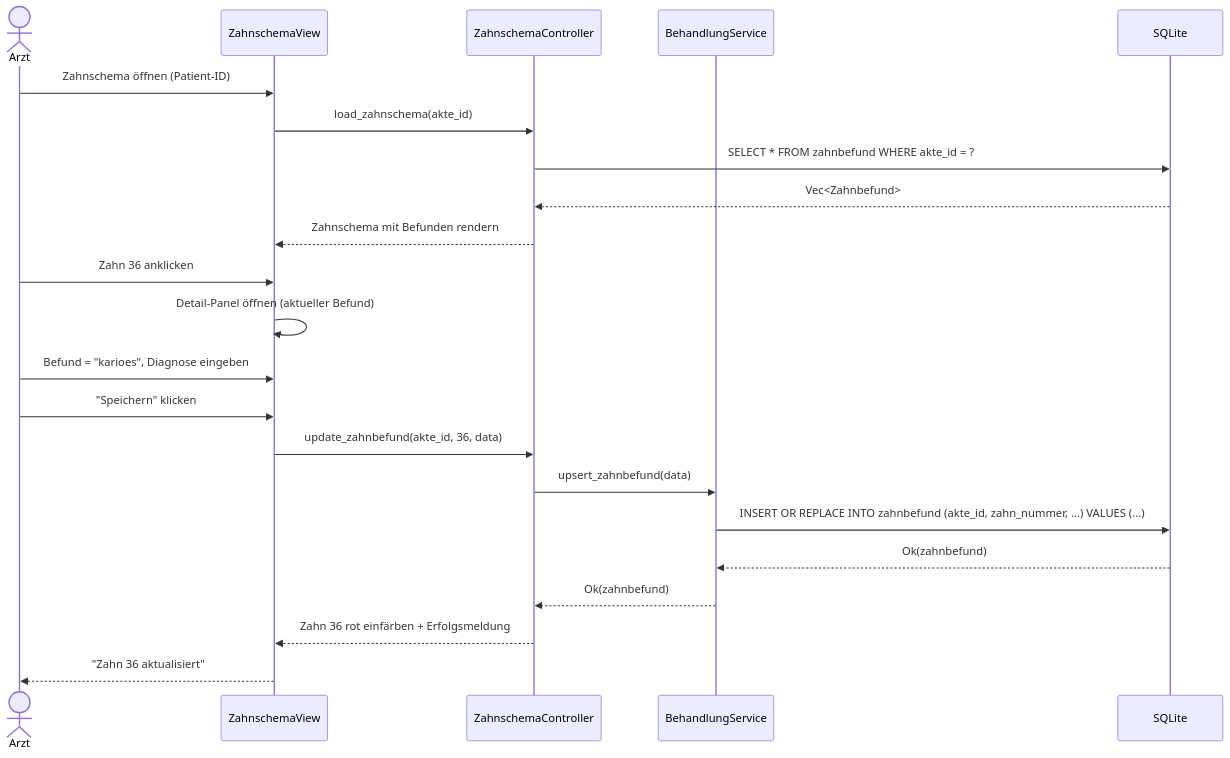
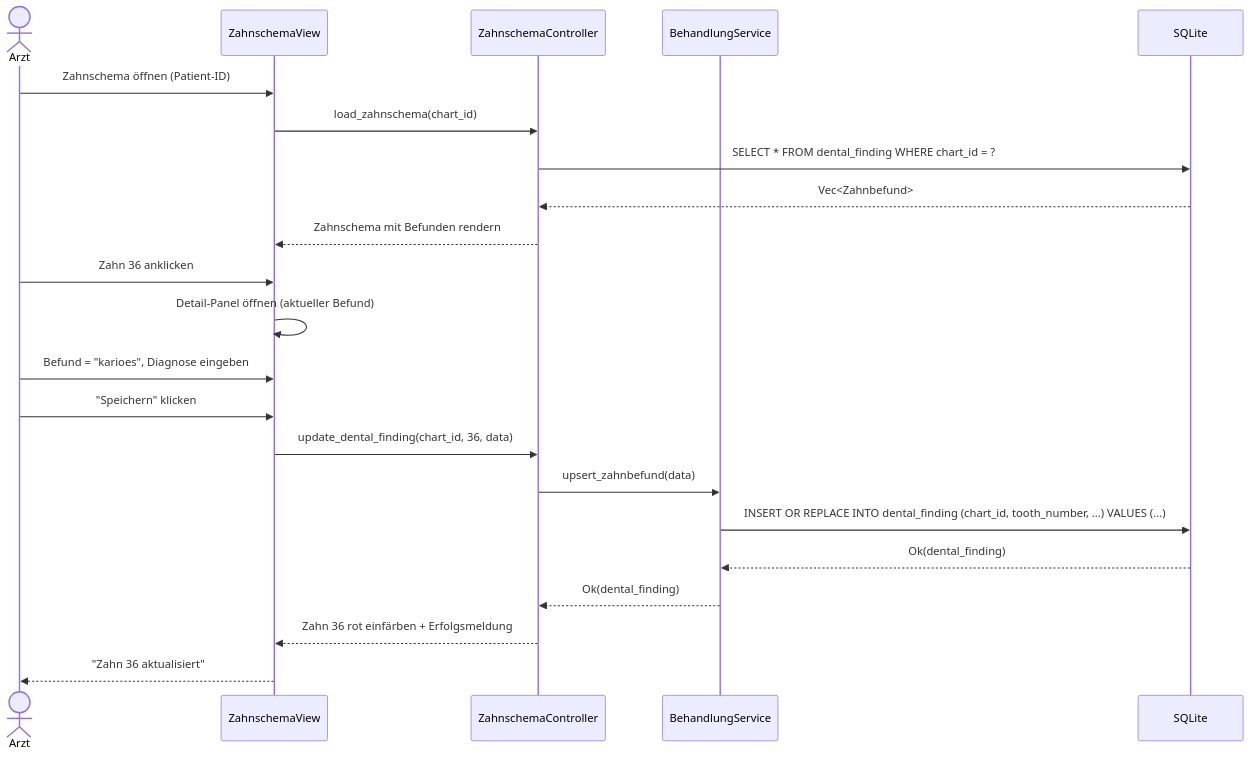
One commit to Achrafbennanizia/Medoc changed the third of 5 diagrams in docs/uml/03-sequence-diagram.md. Above: the diagram before and after it, drawn with Mermaid. The commit also changed other lines of this file and 1081 other files, not shown here.

````diff
--- a/docs/uml/03-sequence-diagram.md
+++ b/docs/uml/03-sequence-diagram.md
@@ -86,28 +86,28 @@
 ```mermaid
 sequenceDiagram
     actor Arzt
     participant View as ZahnschemaView
     participant Controller as ZahnschemaController
     participant Service as BehandlungService
     participant DB as SQLite
 
     Arzt->>View: Zahnschema öffnen (Patient-ID)
-    View->>Controller: load_zahnschema(akte_id)
-    Controller->>DB: SELECT * FROM zahnbefund WHERE akte_id = ?
+    View->>Controller: load_zahnschema(chart_id)
+    Controller->>DB: SELECT * FROM dental_finding WHERE chart_id = ?
     DB-->>Controller: Vec<Zahnbefund>
     Controller-->>View: Zahnschema mit Befunden rendern
 
     Arzt->>View: Zahn 36 anklicken
     View->>View: Detail-Panel öffnen (aktueller Befund)
 
     Arzt->>View: Befund = "karioes", Diagnose eingeben
     Arzt->>View: "Speichern" klicken
 
-    View->>Controller: update_zahnbefund(akte_id, 36, data)
+    View->>Controller: update_dental_finding(chart_id, 36, data)
     Controller->>Service: upsert_zahnbefund(data)
-    Service->>DB: INSERT OR REPLACE INTO zahnbefund (akte_id, zahn_nummer, ...) VALUES (...)
-    DB-->>Service: Ok(zahnbefund)
-    Service-->>Controller: Ok(zahnbefund)
+    Service->>DB: INSERT OR REPLACE INTO dental_finding (chart_id, tooth_number, ...) VALUES (...)
+    DB-->>Service: Ok(dental_finding)
+    Service-->>Controller: Ok(dental_finding)
     Controller-->>View: Zahn 36 rot einfärben + Erfolgsmeldung
     View-->>Arzt: "Zahn 36 aktualisiert"
 ```
````
